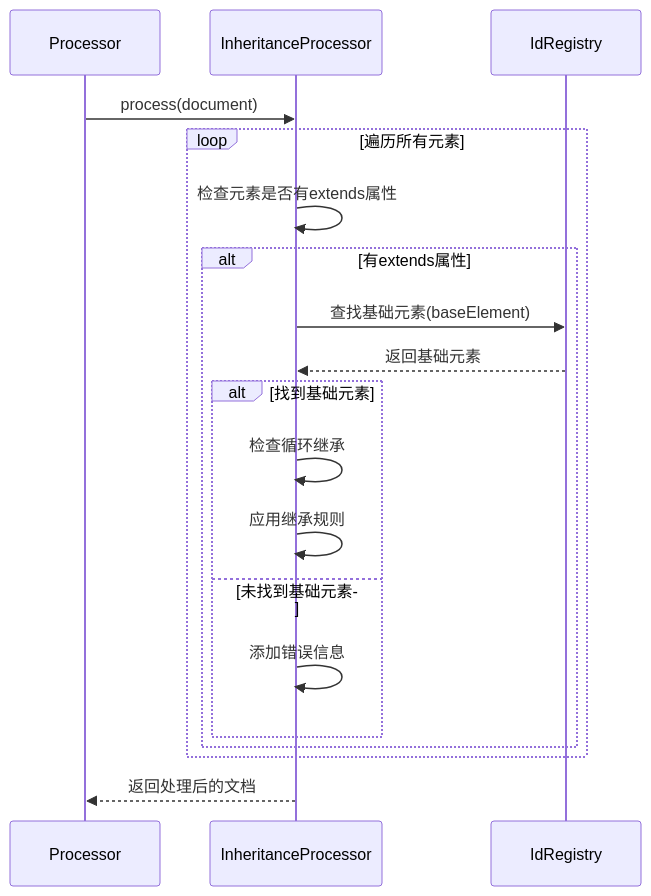
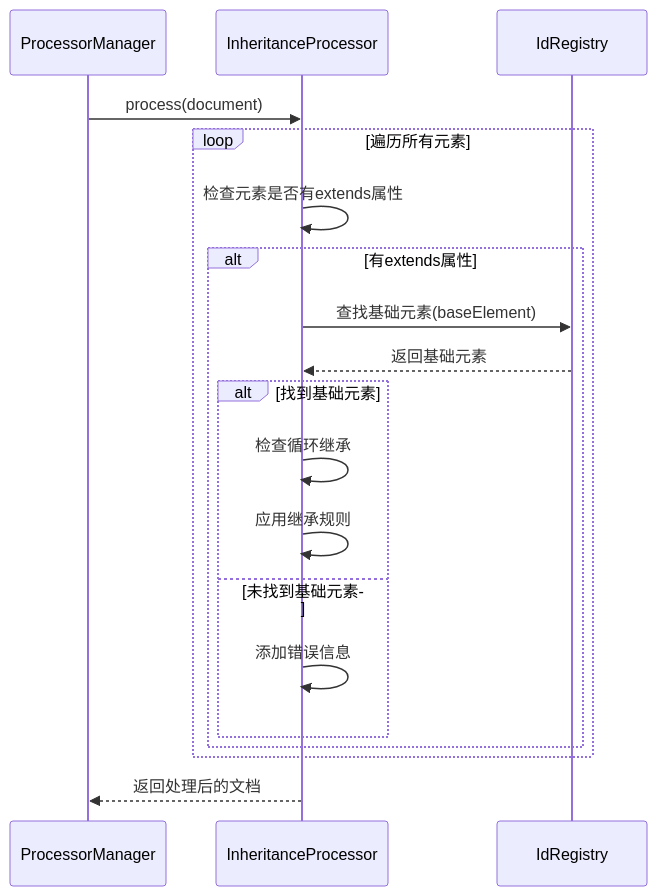
Before and after one commit to Deepractice/DPML: the third of 4 diagrams in packages/core/docs/processor/Core-Processor-Design.md, drawn with Mermaid. The commit also changed other lines of this file, not shown here.

````diff
--- a/packages/core/docs/processor/Core-Processor-Design.md
+++ b/packages/core/docs/processor/Core-Processor-Design.md
@@ -118,22 +118,22 @@
 ```mermaid
 sequenceDiagram
-    participant Processor
+    participant PManager as ProcessorManager
     participant InheritanceProcessor
     participant IdRegistry
     
-    Processor->>InheritanceProcessor: process(document)
+    PManager->>InheritanceProcessor: process(document)
     loop 遍历所有元素
         InheritanceProcessor->>InheritanceProcessor: 检查元素是否有extends属性
         alt 有extends属性
             InheritanceProcessor->>IdRegistry: 查找基础元素(baseElement)
             IdRegistry-->>InheritanceProcessor: 返回基础元素
             alt 找到基础元素
                 InheritanceProcessor->>InheritanceProcessor: 检查循环继承
                 InheritanceProcessor->>InheritanceProcessor: 应用继承规则
             else 未找到基础元素
                 InheritanceProcessor->>InheritanceProcessor: 添加错误信息
             end
         end
     end
-    InheritanceProcessor-->>Processor: 返回处理后的文档
+    InheritanceProcessor-->>PManager: 返回处理后的文档
 ```
````
